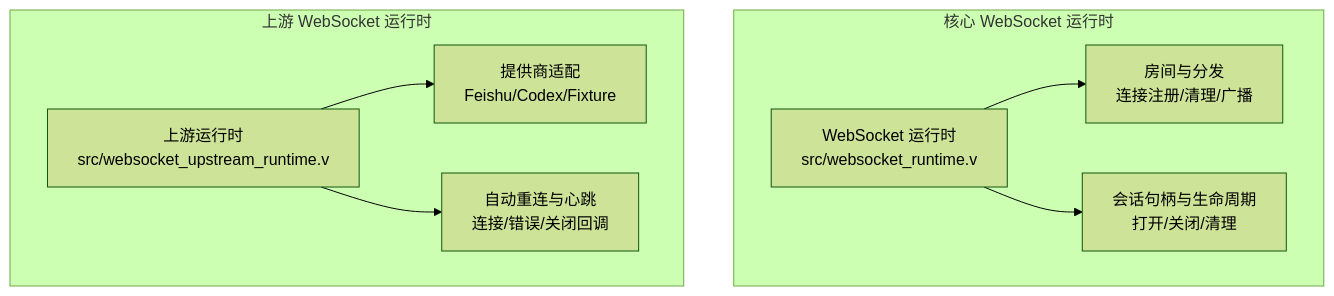
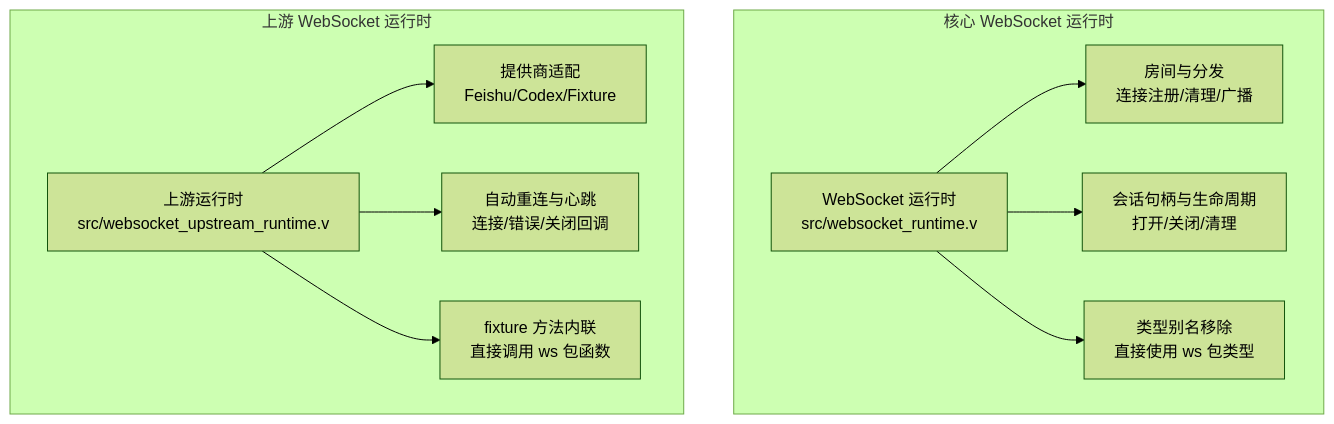
The first of 8 diagrams in .qoder/repowiki/zh/content/运行时组件/WebSocket 运行时.md (guweigang/vhttpd), drawn with Mermaid (forest theme) before and after one commit. The commit also changed other lines of this file and 54 other files, not shown here.

````diff
--- a/.qoder/repowiki/zh/content/运行时组件/WebSocket 运行时.md
+++ b/.qoder/repowiki/zh/content/运行时组件/WebSocket 运行时.md
@@ -43,17 +54,21 @@
 ```mermaid
 graph TB
 subgraph "核心 WebSocket 运行时"
 A["WebSocket 运行时<br/>src/websocket_runtime.v"]
 B["房间与分发<br/>连接注册/清理/广播"]
 C["会话句柄与生命周期<br/>打开/关闭/清理"]
+D["类型别名移除<br/>直接使用 ws 包类型"]
 end
 subgraph "上游 WebSocket 运行时"
-D["上游运行时<br/>src/websocket_upstream_runtime.v"]
-E["提供商适配<br/>Feishu/Codex/Fixture"]
-F["自动重连与心跳<br/>连接/错误/关闭回调"]
+E["上游运行时<br/>src/websocket_upstream_runtime.v"]
+F["提供商适配<br/>Feishu/Codex/Fixture"]
+G["自动重连与心跳<br/>连接/错误/关闭回调"]
+H["fixture 方法内联<br/>直接调用 ws 包函数"]
 end
 A --> B
 A --> C
-D --> E
-D --> F
+A --> D
+E --> F
+E --> G
+E --> H
 ```
````
